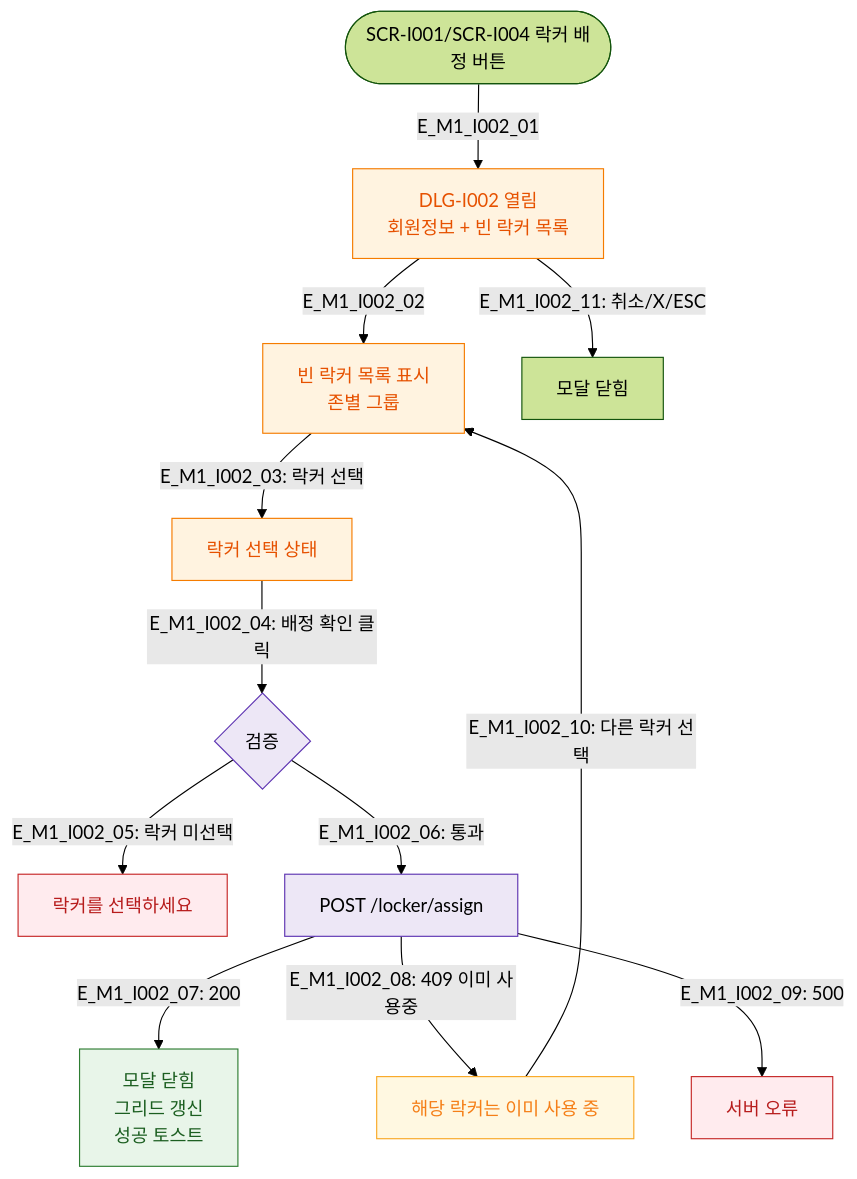
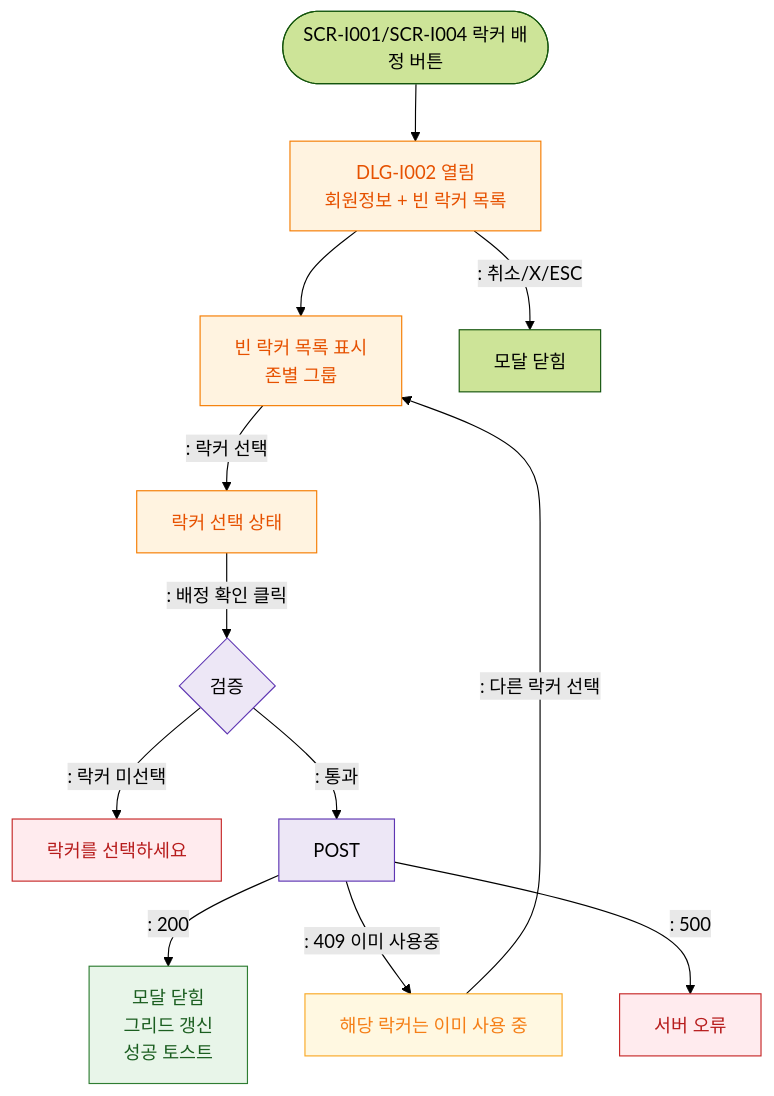
The diagram in docs/다이어그램/D11_통합운영/DLG/DLG-I002_옷락커배정/M1_생명주기.md (dev-spogym/admin-pando), drawn with Mermaid (forest theme) before and after one commit. The commit also changed other lines of this file and 1660 other files, not shown here.

First line of the commit message:
다이어그램: 기획자/클라이언트 납품본으로 정리

````diff
--- a/docs/다이어그램/D11_통합운영/DLG/DLG-I002_옷락커배정/M1_생명주기.md
+++ b/docs/다이어그램/D11_통합운영/DLG/DLG-I002_옷락커배정/M1_생명주기.md
@@ -16,29 +14,29 @@
 ```mermaid
 flowchart TD
-    TRIGGER([SCR-I001/SCR-I004 락커 배정 버튼]) -->|E_M1_I002_01| OPEN[DLG-I002 열림\n회원정보 + 빈 락커 목록]
+    TRIGGER([SCR-I001/SCR-I004 락커 배정 버튼]) --> OPEN[DLG-I002 열림\n회원정보 + 빈 락커 목록]
 
-    OPEN -->|E_M1_I002_02| LOCKER_LIST[빈 락커 목록 표시\n존별 그룹]
-    LOCKER_LIST -->|"E_M1_I002_03: 락커 선택"| LOCKER_SEL[락커 선택 상태]
-    LOCKER_SEL -->|"E_M1_I002_04: 배정 확인 클릭"| VALID{검증}
+    OPEN --> LOCKER_LIST[빈 락커 목록 표시\n존별 그룹]
+    LOCKER_LIST -->|": 락커 선택"|LOCKER_SEL[락커 선택 상태]
+    LOCKER_SEL -->|": 배정 확인 클릭"|VALID{검증}
 
-    VALID -->|"E_M1_I002_05: 락커 미선택"| ERR_SEL[락커를 선택하세요]
-    VALID -->|"E_M1_I002_06: 통과"| API[POST /locker/assign]
+    VALID -->|": 락커 미선택"|ERR_SEL[락커를 선택하세요]
+    VALID -->|": 통과"|API[POST]
 
-    API -->|"E_M1_I002_07: 200"| CLOSE_OK[모달 닫힘\n그리드 갱신\n성공 토스트]
-    API -->|"E_M1_I002_08: 409 이미 사용중"| ERR_CONFLICT[해당 락커는 이미 사용 중]
-    API -->|"E_M1_I002_09: 500"| ERR_500[서버 오류]
+    API -->|": 200"|CLOSE_OK[모달 닫힘\n그리드 갱신\n성공 토스트]
+    API -->|": 409 이미 사용중"|ERR_CONFLICT[해당 락커는 이미 사용 중]
+    API -->|": 500"|ERR_500[서버 오류]
 
-    ERR_CONFLICT -->|"E_M1_I002_10: 다른 락커 선택"| LOCKER_LIST
-    OPEN -->|"E_M1_I002_11: 취소/X/ESC"| CLOSE[모달 닫힘]
+    ERR_CONFLICT -->|": 다른 락커 선택"|LOCKER_LIST
+    OPEN -->|": 취소/X/ESC"|CLOSE[모달 닫힘]
 
-    classDef modal        fill:#FFF3E0,stroke:#F57C00,color:#E65100
-    classDef system       fill:#EDE7F6,stroke:#5E35B2
-    classDef error        fill:#FFEBEE,stroke:#C62828,color:#B71C1C
-    classDef success      fill:#E8F5E9,stroke:#2E7D32,color:#1B5E20
-    classDef warning      fill:#FFF8E1,stroke:#F9A825,color:#F57F17
+    classDef modal fill:#FFF3E0,stroke:#F57C00,color:#E65100
+    classDef system fill:#EDE7F6,stroke:#5E35B2
+    classDef error fill:#FFEBEE,stroke:#C62828,color:#B71C1C
+    classDef success fill:#E8F5E9,stroke:#2E7D32,color:#1B5E20
+    classDef warning fill:#FFF8E1,stroke:#F9A825,color:#F57F17
     class OPEN,LOCKER_LIST,LOCKER_SEL modal
     class API,VALID system
     class ERR_SEL,ERR_500 error
     class CLOSE_OK success
     class ERR_CONFLICT warning
 ```
````
